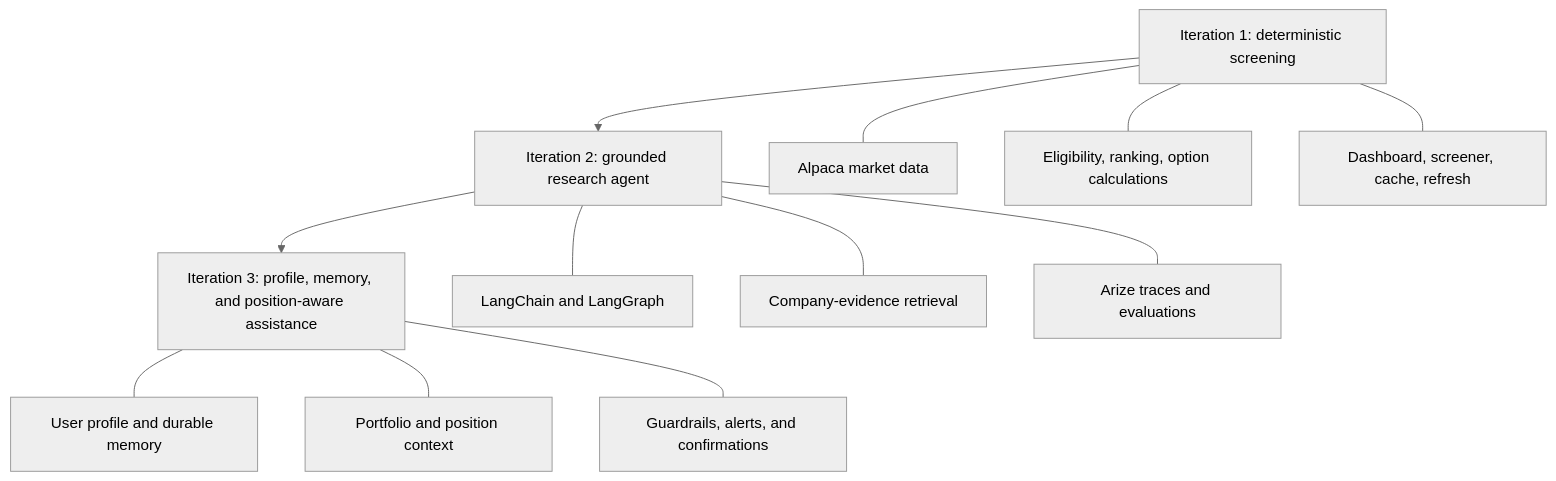
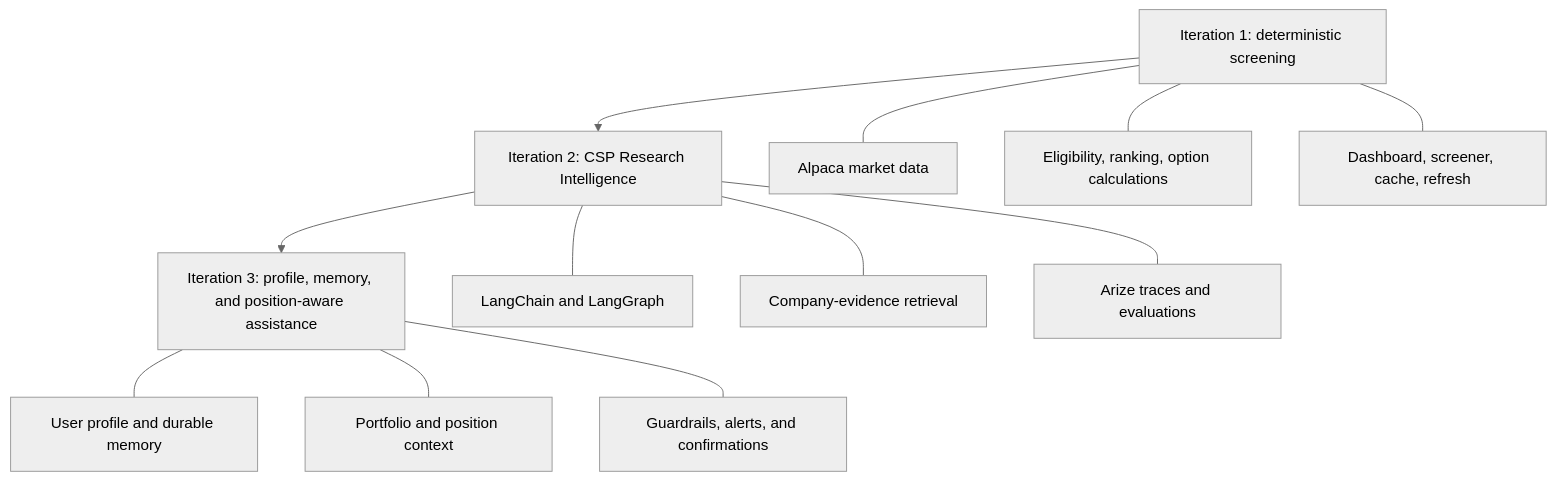
One commit to SaiKalyan124/csp-screener-capstone changed the first of 4 diagrams in docs/ARCHITECTURE.md. Above: the diagram before and after it, drawn with Mermaid (neutral theme). The commit also changed 8 other files, not shown here.

Commit message:
Rename research intelligence and constrain chat output

````diff
--- a/docs/ARCHITECTURE.md
+++ b/docs/ARCHITECTURE.md
@@ -7,17 +7,17 @@
 ```mermaid
 flowchart TD
-    I1[Iteration 1: deterministic screening] --> I2[Iteration 2: grounded research agent]
+    I1[Iteration 1: deterministic screening] --> I2[Iteration 2: CSP Research Intelligence]
     I2 --> I3[Iteration 3: profile, memory, and position-aware assistance]
 
     I1 --- A[Alpaca market data]
     I1 --- B[Eligibility, ranking, option calculations]
     I1 --- C[Dashboard, screener, cache, refresh]
 
     I2 --- D[LangChain and LangGraph]
     I2 --- E[Company-evidence retrieval]
     I2 --- F[Arize traces and evaluations]
 
     I3 --- G[User profile and durable memory]
     I3 --- H[Portfolio and position context]
     I3 --- J[Guardrails, alerts, and confirmations]
 ```
````
